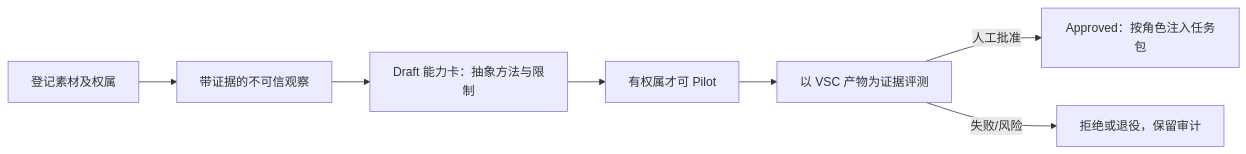
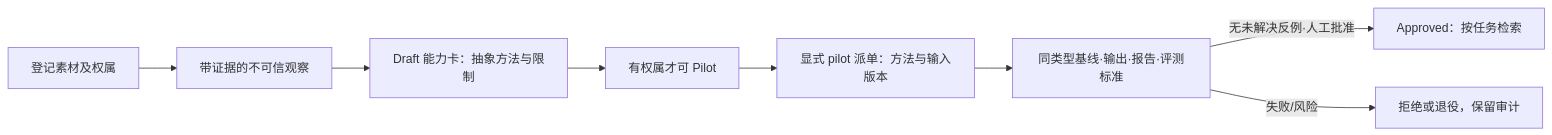
The second of 2 diagrams in README.md (cloudxy/vsc-plugin), drawn with Mermaid before and after one commit. The commit also changed other lines of this file and 43 other files, not shown here.

````diff
--- a/README.md
+++ b/README.md
@@ -153,9 +164,10 @@
 ```mermaid
 flowchart LR
     S[登记素材及权属] --> O[带证据的不可信观察]
     O --> C[Draft 能力卡：抽象方法与限制]
     C --> P[有权属才可 Pilot]
-    P --> E[以 VSC 产物为证据评测]
-    E -->|人工批准| A[Approved：按角色注入任务包]
+    P --> T[显式 pilot 派单：方法与输入版本]
+    T --> E[同类型基线·输出·报告·评测标准]
+    E -->|无未解决反例·人工批准| A[Approved：按任务检索]
     E -->|失败/风险| R[拒绝或退役，保留审计]
 ```
````
